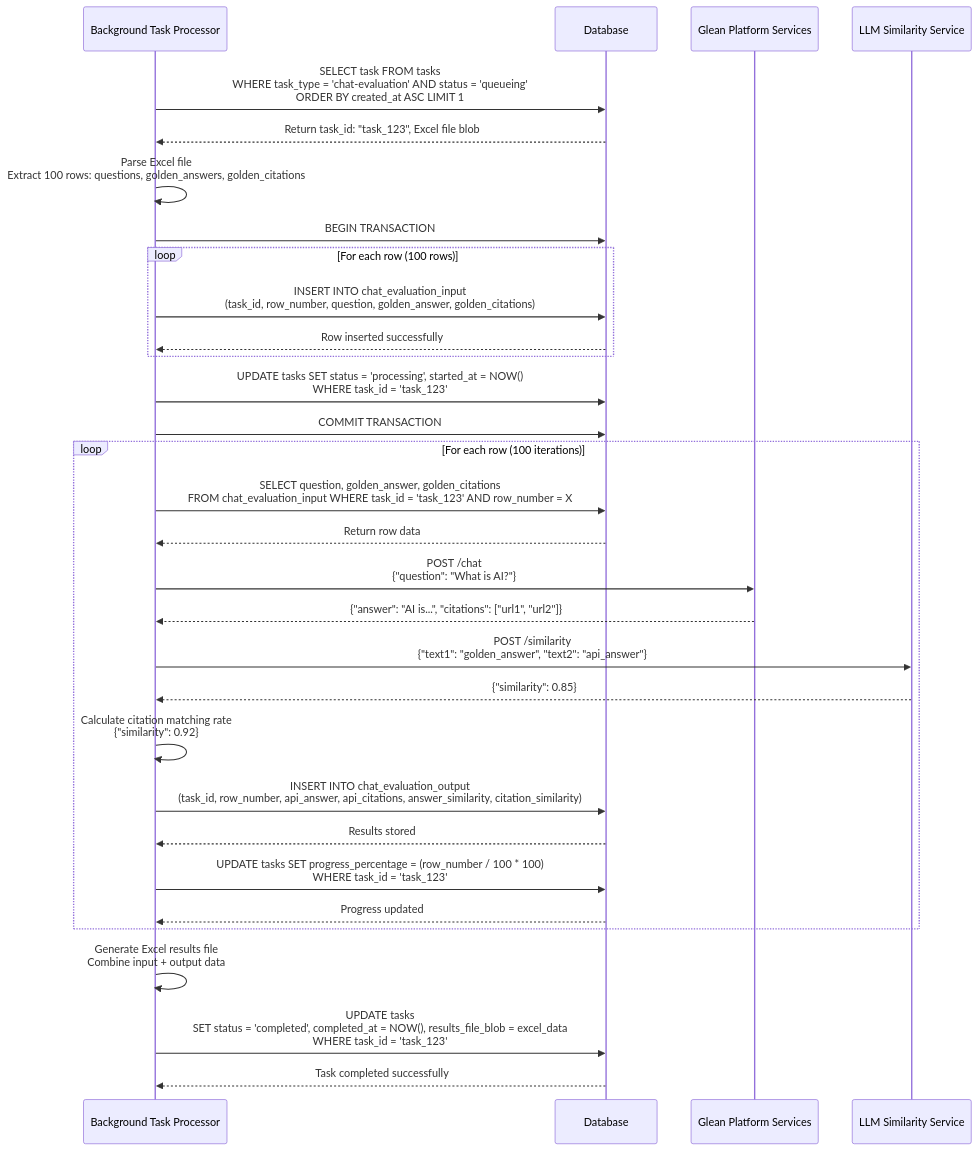
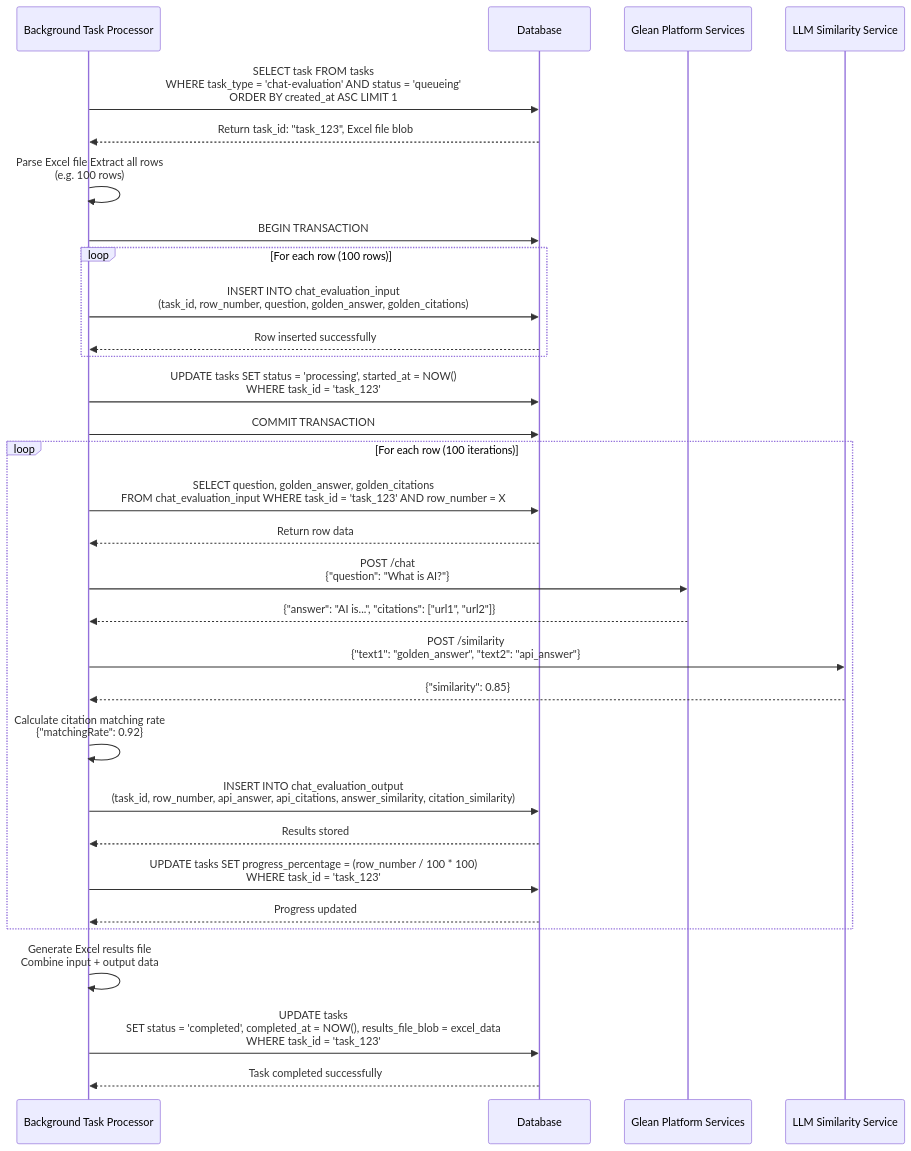
The first of 2 diagrams in docs/sequence-diagram-chat-evaluation.md (andrewhzy/cursor-learn), drawn with Mermaid before and after one commit.

Commit message:
Update sequence diagram for chat evaluation process
- Revised the sequence diagram in `docs/sequence-diagram-chat-evaluation.md` to reflect the change in parsing Excel files, now extracting all rows instead of a fixed number.
- Updated the calculation of citation matching rate to use a more descriptive key in the diagram.
- Ensured the diagram accurately represents the interactions between the background service and the database during the chat evaluation process.

````diff
--- a/docs/sequence-diagram-chat-evaluation.md
+++ b/docs/sequence-diagram-chat-evaluation.md
@@ -6,46 +6,46 @@
 ```mermaid
 sequenceDiagram
     participant BG as Background Task Processor
     participant DB as Database
     participant Glean as Glean Platform Services
     participant LLM as LLM Similarity Service
     
     BG->>DB: SELECT task FROM tasks<br/>WHERE task_type = 'chat-evaluation' AND status = 'queueing'<br/>ORDER BY created_at ASC LIMIT 1
     DB-->>BG: Return task_id: "task_123", Excel file blob
-    
-    BG->>BG: Parse Excel file<br/>Extract 100 rows: questions, golden_answers, golden_citations
-    
+
+    BG->>BG: Parse Excel file Extract all rows<br/> (e.g. 100 rows)
+
     BG->>DB: BEGIN TRANSACTION
     
     loop For each row (100 rows)
         BG->>DB: INSERT INTO chat_evaluation_input<br/>(task_id, row_number, question, golden_answer, golden_citations)
         DB-->>BG: Row inserted successfully
     end
     
     BG->>DB: UPDATE tasks SET status = 'processing', started_at = NOW()<br/>WHERE task_id = 'task_123'
     BG->>DB: COMMIT TRANSACTION
     
     loop For each row (100 iterations)
         BG->>DB: SELECT question, golden_answer, golden_citations<br/>FROM chat_evaluation_input WHERE task_id = 'task_123' AND row_number = X
         DB-->>BG: Return row data
         
         BG->>Glean: POST /chat<br/>{"question": "What is AI?"}
         Glean-->>BG: {"answer": "AI is...", "citations": ["url1", "url2"]}
         
         BG->>LLM: POST /similarity<br/>{"text1": "golden_answer", "text2": "api_answer"}
         LLM-->>BG: {"similarity": 0.85}
         
-        BG->>BG: Calculate citation matching rate<br/>{"similarity": 0.92}
+        BG->>BG: Calculate citation matching rate<br/>{"matchingRate": 0.92}
 
         
         BG->>DB: INSERT INTO chat_evaluation_output<br/>(task_id, row_number, api_answer, api_citations, answer_similarity, citation_similarity)
         DB-->>BG: Results stored
         
         BG->>DB: UPDATE tasks SET progress_percentage = (row_number / 100 * 100)<br/>WHERE task_id = 'task_123'
         DB-->>BG: Progress updated
     end
     
     BG->>BG: Generate Excel results file<br/>Combine input + output data
     BG->>DB: UPDATE tasks<br/>SET status = 'completed', completed_at = NOW(), results_file_blob = excel_data<br/>WHERE task_id = 'task_123'
     DB-->>BG: Task completed successfully
 ```
````
